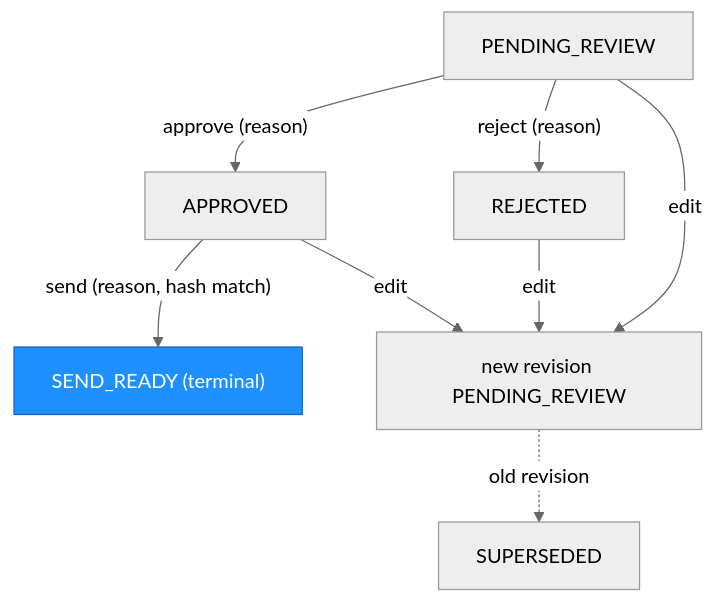
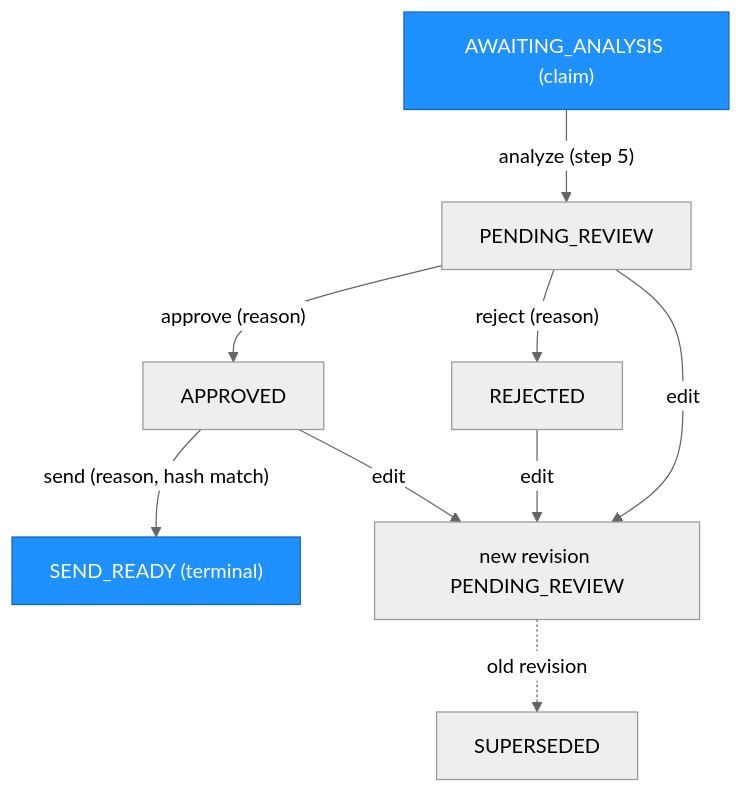
Before and after one commit to socrates6969/freight-recovery: the fifth of 22 diagrams in ARCHITECTURE.md, drawn with Mermaid. The commit also changed other lines of this file and 4 other files, not shown here.

First line of the commit message:
scriber: step 5 claim analysis docs (REQ-20261010-step5-analysis)

````diff
--- a/ARCHITECTURE.md
+++ b/ARCHITECTURE.md
@@ -326,13 +329,15 @@
 ```mermaid
 %%{init: {'theme': 'neutral'}}%%
 graph TD
-    P["PENDING_REVIEW"] -- "approve (reason)" --> A["APPROVED"]
+    W["AWAITING_ANALYSIS (claim)"] -- "analyze (step 5)" --> P["PENDING_REVIEW"]
+    P -- "approve (reason)" --> A["APPROVED"]
     P -- "reject (reason)" --> J["REJECTED"]
     A -- "send (reason, hash match)" --> S["SEND_READY (terminal)"]
     P -- "edit" --> N["new revision PENDING_REVIEW"]
     A -- "edit" --> N
     J -- "edit" --> N
     N -. "old revision" .-> X["SUPERSEDED"]
 
     style S fill:#1e90ff,stroke:#1565c0,color:#fff
+    style W fill:#1e90ff,stroke:#1565c0,color:#fff
 ```
````
